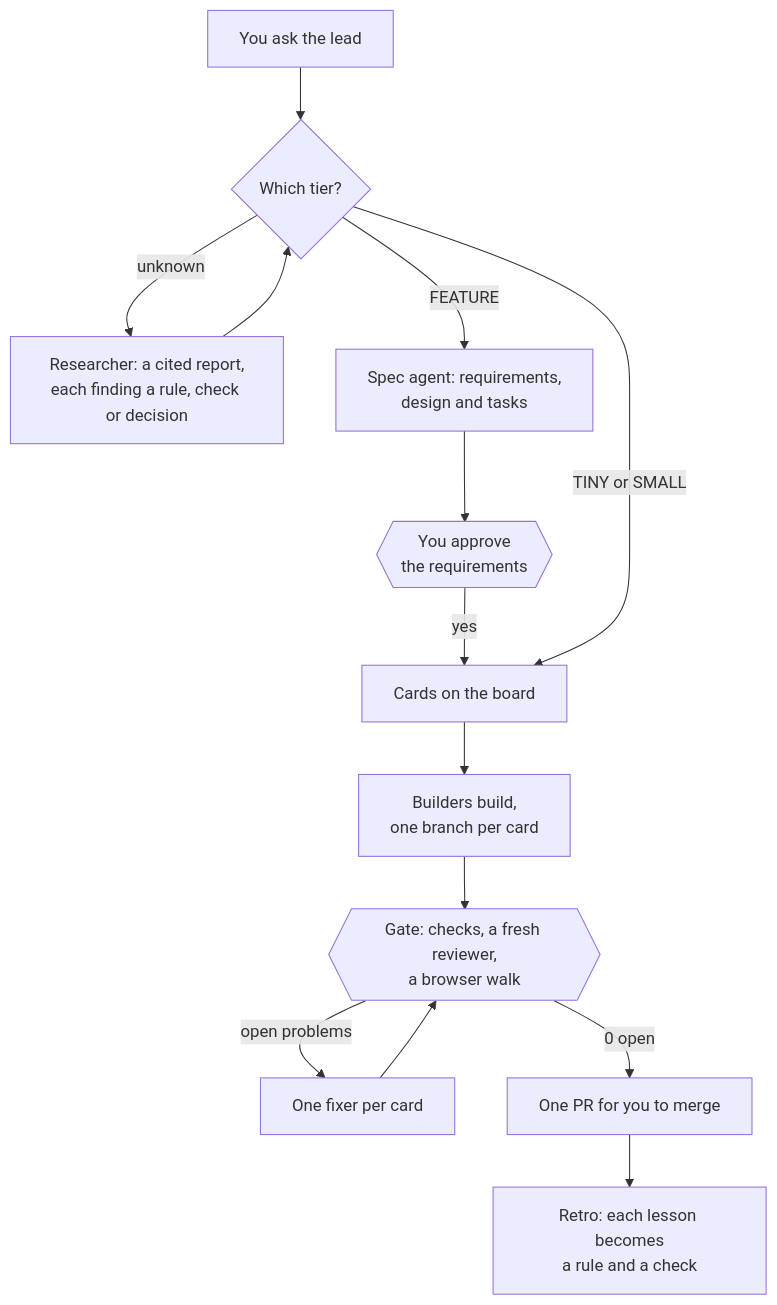
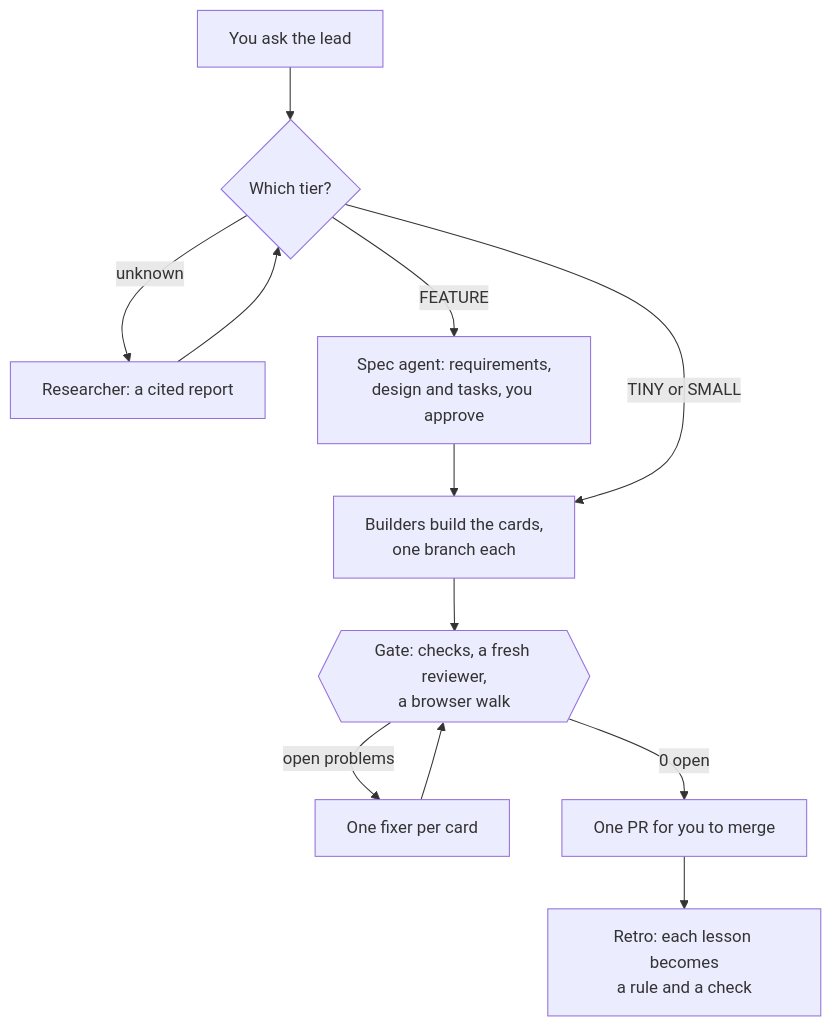
Before and after one commit to puffin-ai/puffin-colony: the diagram in README.md, drawn with Mermaid. The commit also changed other lines of this file and 9 other files, not shown here.

````diff
--- a/README.md
+++ b/README.md
@@ -28,16 +52,14 @@
 ```mermaid
 flowchart TD
     ask["You ask the lead"] --> tier{"Which tier?"}
-    tier -- "unknown" --> research["Researcher: a cited report,<br/>each finding a rule, check or decision"]
+    tier -- "unknown" --> research["Researcher: a cited report"]
     research --> tier
-    tier -- "FEATURE" --> spec["Spec agent: requirements,<br/>design and tasks"]
-    spec --> approve{{"You approve<br/>the requirements"}}
-    approve -- "yes" --> cards
-    tier -- "TINY or SMALL" --> cards["Cards on the board"]
-    cards --> build["Builders build,<br/>one branch per card"]
-    build --> gate{{"Gate: checks, a fresh reviewer,<br/>a browser walk"}}
+    tier -- "FEATURE" --> spec["Spec agent: requirements,<br/>design and tasks, you approve"]
+    spec --> cards
+    tier -- "TINY or SMALL" --> cards["Builders build the cards,<br/>one branch each"]
+    cards --> gate{{"Gate: checks, a fresh reviewer,<br/>a browser walk"}}
     gate -- "open problems" --> fix["One fixer per card"]
     fix --> gate
     gate -- "0 open" --> pr["One PR for you to merge"]
     pr --> retro["Retro: each lesson becomes<br/>a rule and a check"]
 ```
````
